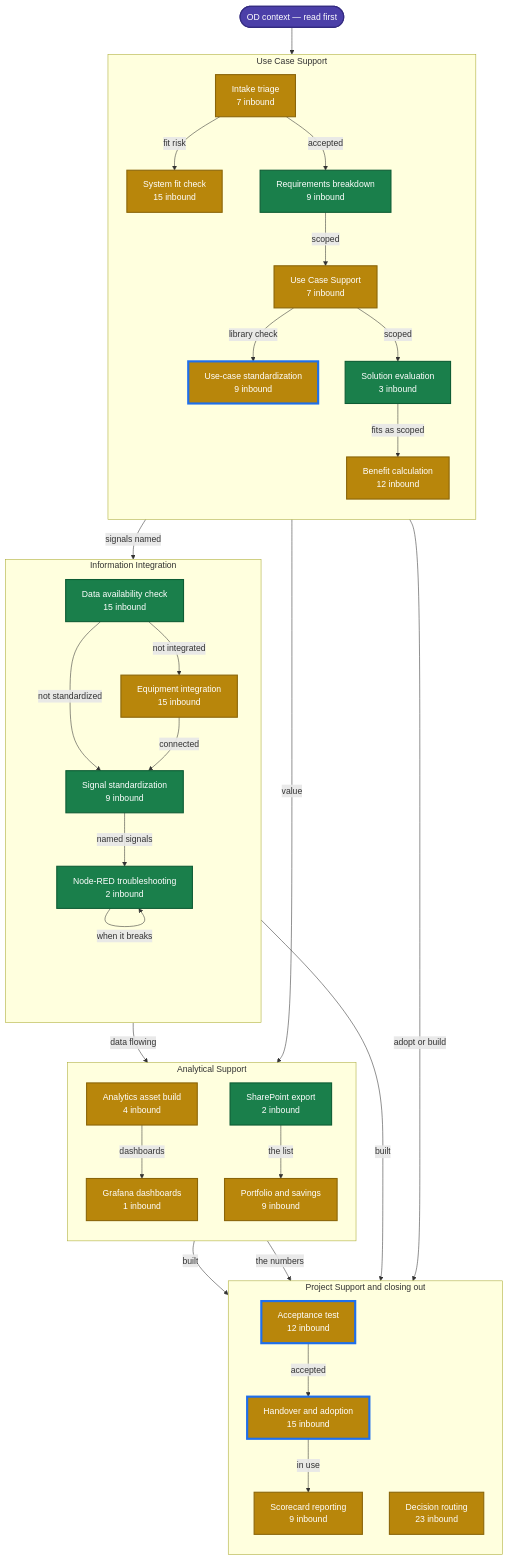
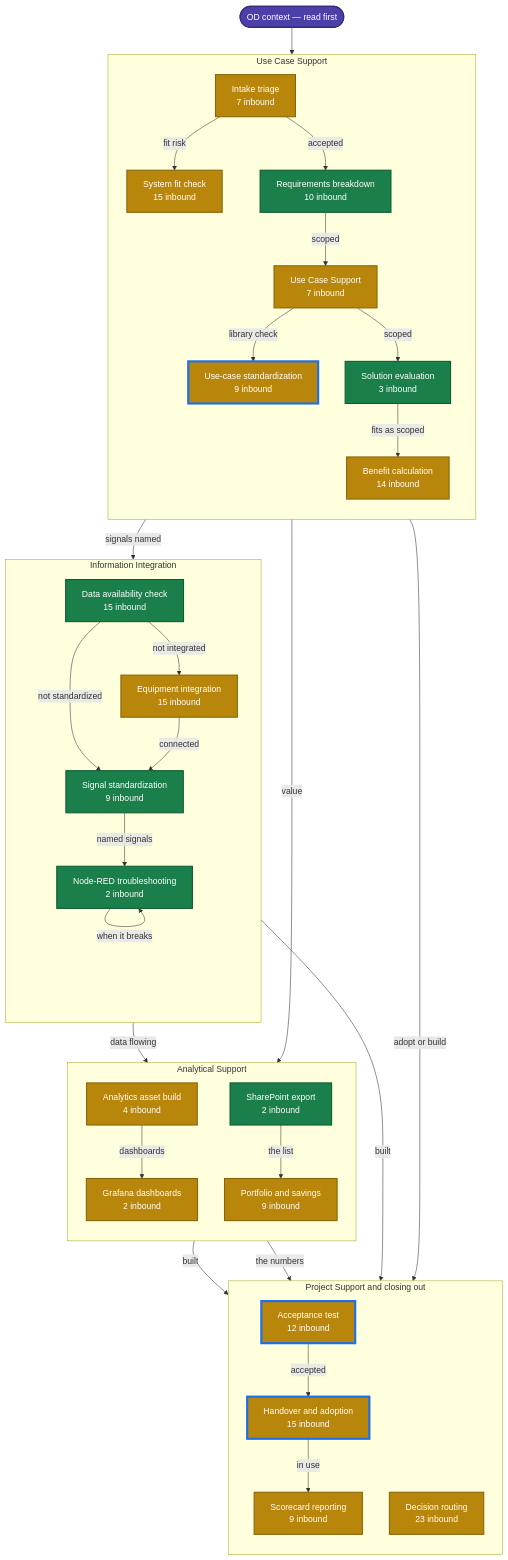
One commit to ops-digit-io/operations-digitalization-skill-registry changed the diagram in docs/skill-state-map.md. Above: the diagram before and after it, drawn with Mermaid. The commit also changed other lines of this file and 838 other files, not shown here.

````diff
--- a/docs/skill-state-map.md
+++ b/docs/skill-state-map.md
@@ -20,69 +20,69 @@
 ```mermaid
 flowchart TD
     ctx(["OD context — read first"])
     subgraph UC["Use Case Support"]
     direction TB
         od_use_case_intake_triage["Intake triage<br/>7 inbound"]
-        od_system_fit_check["System fit check<br/>15 inbound"]
-        od_requirements_breakdown["Requirements breakdown<br/>9 inbound"]
+        invest_screen["System fit check<br/>15 inbound"]
+        funnel_requirements["Requirements breakdown<br/>10 inbound"]
         od_use_case_definition["Use Case Support<br/>7 inbound"]
         od_use_case_solution_evaluation["Solution evaluation<br/>3 inbound"]
         od_use_case_standardization["Use-case standardization<br/>9 inbound"]
-        od_benefit_calculation["Benefit calculation<br/>12 inbound"]
+        bc_build["Benefit calculation<br/>14 inbound"]
     end
     subgraph II["Information Integration"]
     direction TB
         od_data_availability_check["Data availability check<br/>15 inbound"]
-        od_equipment_integration["Equipment integration<br/>15 inbound"]
+        mi_connector["Equipment integration<br/>15 inbound"]
         od_signal_standardization["Signal standardization<br/>9 inbound"]
-        od_node_red_flows["Node-RED troubleshooting<br/>2 inbound"]
-        od_node_red_flows["Node-RED troubleshooting<br/>2 inbound"]
+        ops_pipeline["Node-RED troubleshooting<br/>2 inbound"]
+        ops_pipeline["Node-RED troubleshooting<br/>2 inbound"]
     end
     subgraph AS["Analytical Support"]
     direction TB
         od_analytics_asset_build["Analytics asset build<br/>4 inbound"]
-        build_grafana_ops_dashboard["Grafana dashboards<br/>1 inbound"]
+        ops_dashboard_engine["Grafana dashboards<br/>2 inbound"]
         od_portfolio_and_savings_analysis["Portfolio and savings<br/>9 inbound"]
         od_sharepoint_list_export["SharePoint export<br/>2 inbound"]
     end
     subgraph PS["Project Support and closing out"]
     direction TB
         od_acceptance_test["Acceptance test<br/>12 inbound"]
         od_handover_and_adoption["Handover and adoption<br/>15 inbound"]
         od_scorecard_reporting["Scorecard reporting<br/>9 inbound"]
         od_decision_routing["Decision routing<br/>23 inbound"]
     end
-    od_use_case_intake_triage -->|fit risk| od_system_fit_check
-    od_use_case_intake_triage -->|accepted| od_requirements_breakdown
-    od_requirements_breakdown -->|scoped| od_use_case_definition
-    od_requirements_breakdown -->|signals named| od_data_availability_check
+    od_use_case_intake_triage -->|fit risk| invest_screen
+    od_use_case_intake_triage -->|accepted| funnel_requirements
+    funnel_requirements -->|scoped| od_use_case_definition
+    funnel_requirements -->|signals named| od_data_availability_check
     od_use_case_definition -->|library check| od_use_case_standardization
     od_use_case_definition -->|scoped| od_use_case_solution_evaluation
-    od_use_case_solution_evaluation -->|fits as scoped| od_benefit_calculation
-    od_data_availability_check -->|not integrated| od_equipment_integration
+    od_use_case_solution_evaluation -->|fits as scoped| bc_build
+    od_data_availability_check -->|not integrated| mi_connector
     od_data_availability_check -->|not standardized| od_signal_standardization
-    od_equipment_integration -->|connected| od_signal_standardization
-    od_signal_standardization -->|named signals| od_node_red_flows
-    od_node_red_flows -->|when it breaks| od_node_red_flows
-    od_node_red_flows -->|data flowing| od_analytics_asset_build
-    od_analytics_asset_build -->|dashboards| build_grafana_ops_dashboard
+    mi_connector -->|connected| od_signal_standardization
+    od_signal_standardization -->|named signals| ops_pipeline
+    ops_pipeline -->|when it breaks| ops_pipeline
+    ops_pipeline -->|data flowing| od_analytics_asset_build
+    od_analytics_asset_build -->|dashboards| ops_dashboard_engine
     od_analytics_asset_build -->|built| od_acceptance_test
-    od_node_red_flows -->|built| od_acceptance_test
+    ops_pipeline -->|built| od_acceptance_test
     od_acceptance_test -->|accepted| od_handover_and_adoption
     od_handover_and_adoption -->|in use| od_scorecard_reporting
-    od_benefit_calculation -->|value| od_portfolio_and_savings_analysis
+    bc_build -->|value| od_portfolio_and_savings_analysis
     od_sharepoint_list_export -->|the list| od_portfolio_and_savings_analysis
     od_portfolio_and_savings_analysis -->|the numbers| od_scorecard_reporting
     od_use_case_standardization -->|adopt or build| od_decision_routing
     ctx --> od_use_case_intake_triage
 
     classDef deep fill:#1a7f4b,stroke:#0d5c34,color:#ffffff,stroke-width:2px;
     classDef documented fill:#b8860b,stroke:#8a6508,color:#ffffff,stroke-width:2px;
     classDef stub fill:#e8e8e8,stroke:#9a9a9a,color:#333333,stroke-dasharray:4 3;
     classDef nxt stroke:#1f6feb,stroke-width:4px;
     classDef ctx fill:#4b3fa8,stroke:#332a80,color:#ffffff,stroke-width:2px;
-    class od_requirements_breakdown,od_use_case_solution_evaluation,od_data_availability_check,od_sharepoint_list_export,od_signal_standardization,od_node_red_flows deep;
-    class od_use_case_intake_triage,od_system_fit_check,od_use_case_definition,od_benefit_calculation,od_use_case_standardization,od_equipment_integration,od_acceptance_test,od_handover_and_adoption,od_analytics_asset_build,od_scorecard_reporting,od_portfolio_and_savings_analysis,od_decision_routing,build_grafana_ops_dashboard documented;
+    class funnel_requirements,od_use_case_solution_evaluation,od_data_availability_check,od_sharepoint_list_export,od_signal_standardization,ops_pipeline deep;
+    class od_use_case_intake_triage,invest_screen,od_use_case_definition,bc_build,od_use_case_standardization,mi_connector,od_acceptance_test,od_handover_and_adoption,od_analytics_asset_build,od_scorecard_reporting,od_portfolio_and_savings_analysis,od_decision_routing,ops_dashboard_engine documented;
     class od_acceptance_test,od_use_case_standardization,od_handover_and_adoption nxt;
     class ctx ctx;
 ```
````
